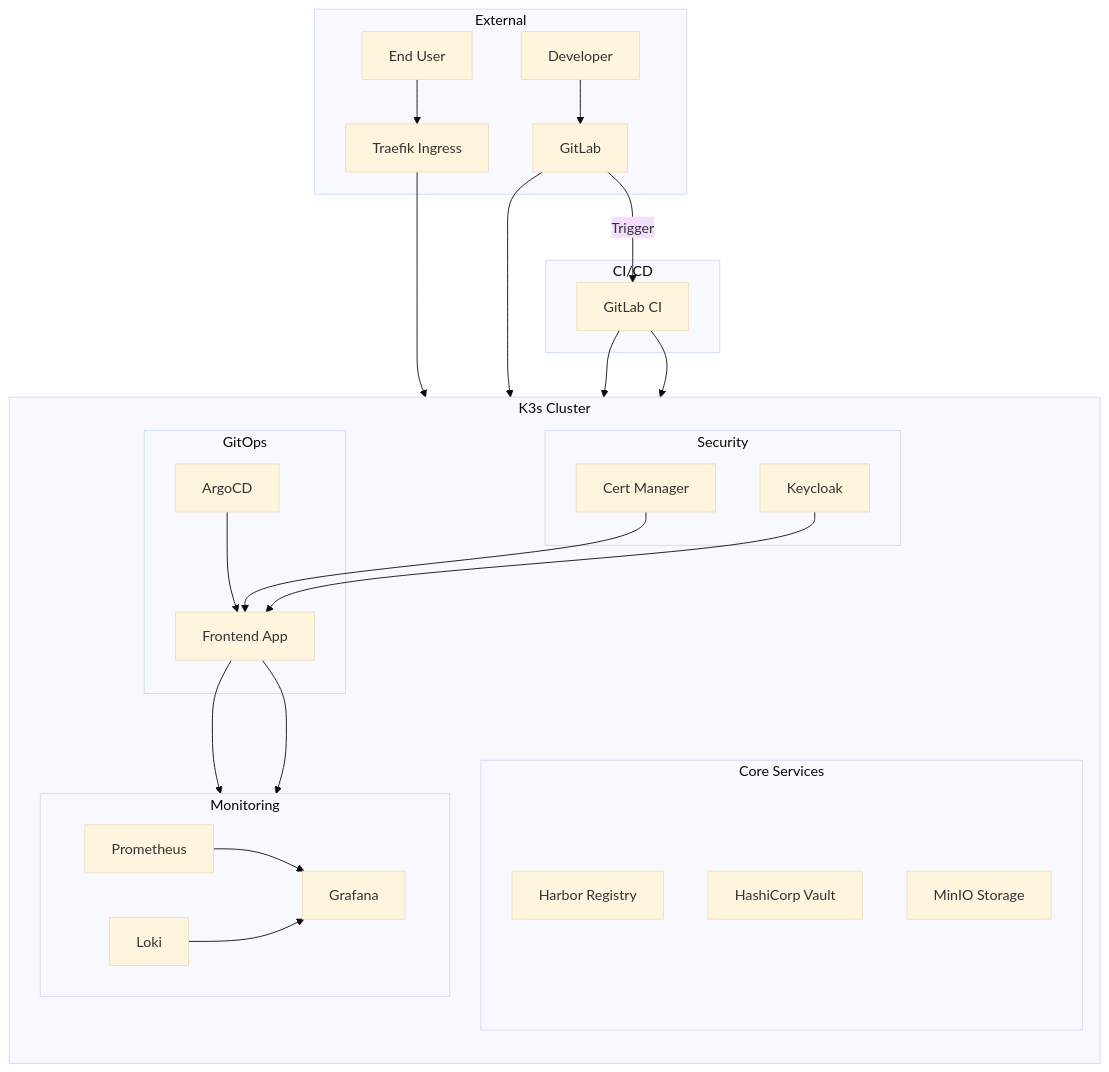
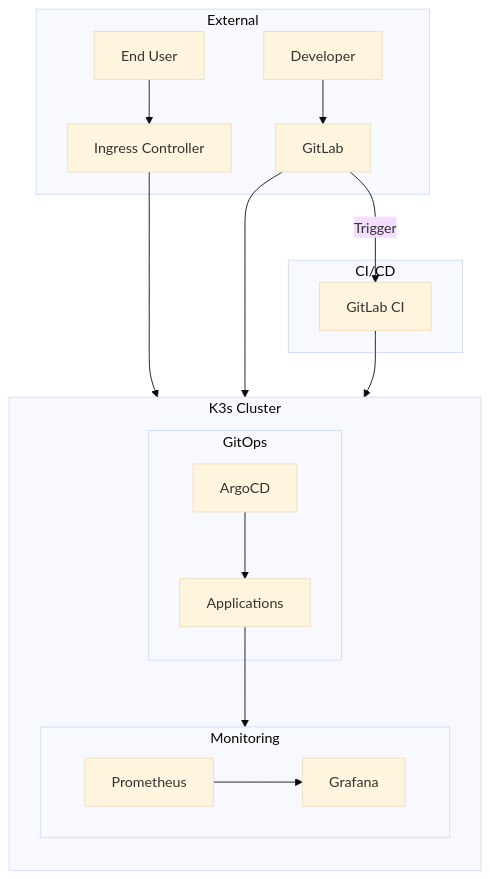
Before and after one commit to Naem-ali/devops-on-prem: the first of 3 diagrams in README.md, drawn with Mermaid (base theme). The commit also changed other lines of this file, not shown here.

````diff
--- a/README.md
+++ b/README.md
@@ -33,44 +21,28 @@
 ```mermaid
 graph TB
     subgraph External
         Dev[Developer] --> Git[GitLab]
-        User[End User] --> Ingress[Traefik Ingress]
+        User[End User] --> Ingress[Ingress Controller]
     end
 
     subgraph K3s Cluster
         direction TB
-        Ingress --> Front[Frontend App]
-        
-        subgraph Core Services
-            Harbor[Harbor Registry]
-            Vault[HashiCorp Vault]
-            MinIO[MinIO Storage]
-        end
+        Ingress --> Apps[Applications]
         
         subgraph GitOps
-            ArgoCD --> Front
+            ArgoCD --> Apps
             Git --> ArgoCD
         end
         
         subgraph Monitoring
             direction LR
             Prometheus --> Grafana
-            Loki --> Grafana
-            Front --> Prometheus
-            Front --> Loki
-        end
-        
-        subgraph Security
-            CertManager[Cert Manager]
-            Keycloak
-            CertManager --> Front
-            Keycloak --> Front
+            Apps --> Prometheus
         end
     end
 
     subgraph CI/CD
         Git --> |Trigger| Pipeline[GitLab CI]
-        Pipeline --> Harbor
         Pipeline --> ArgoCD
     end
 ```
````
